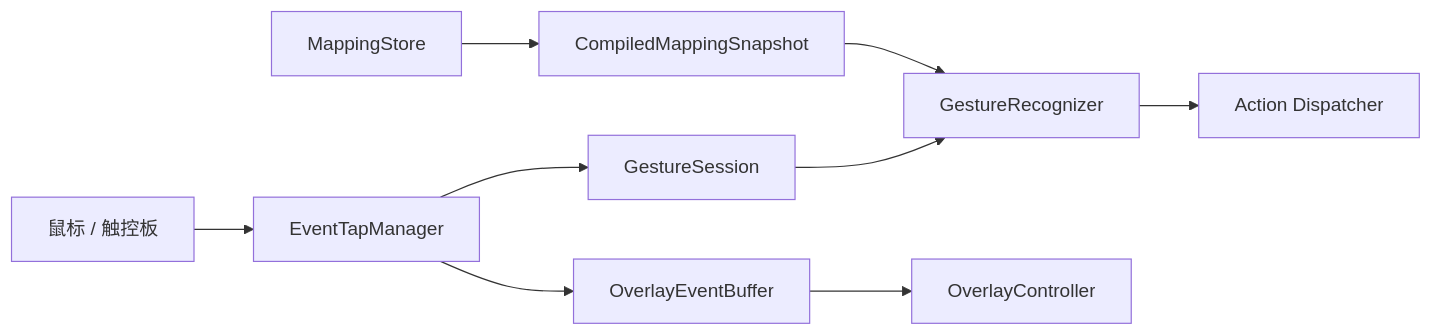
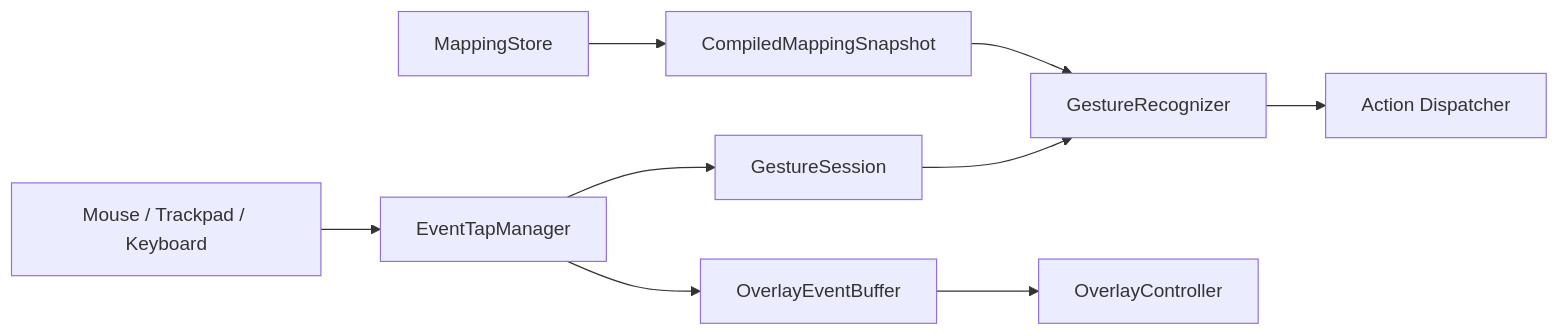
Before and after one commit to ron159/iGestures: the diagram in README.md, drawn with Mermaid. The commit also changed other lines of this file and 13 other files, not shown here.

````diff
--- a/README.md
+++ b/README.md
@@ -82,13 +120,13 @@
 ```mermaid
 flowchart LR
-  Input["鼠标 / 触控板"] --> Tap["EventTapManager"]
+  Input["Mouse / Trackpad / Keyboard"] --> Tap["EventTapManager"]
   Tap --> Session["GestureSession"]
   Session --> Recognizer["GestureRecognizer"]
   Recognizer --> Action["Action Dispatcher"]
 
   Store["MappingStore"] --> Snapshot["CompiledMappingSnapshot"]
   Snapshot --> Recognizer
 
   Tap --> Buffer["OverlayEventBuffer"]
   Buffer --> Overlay["OverlayController"]
 ```
````
